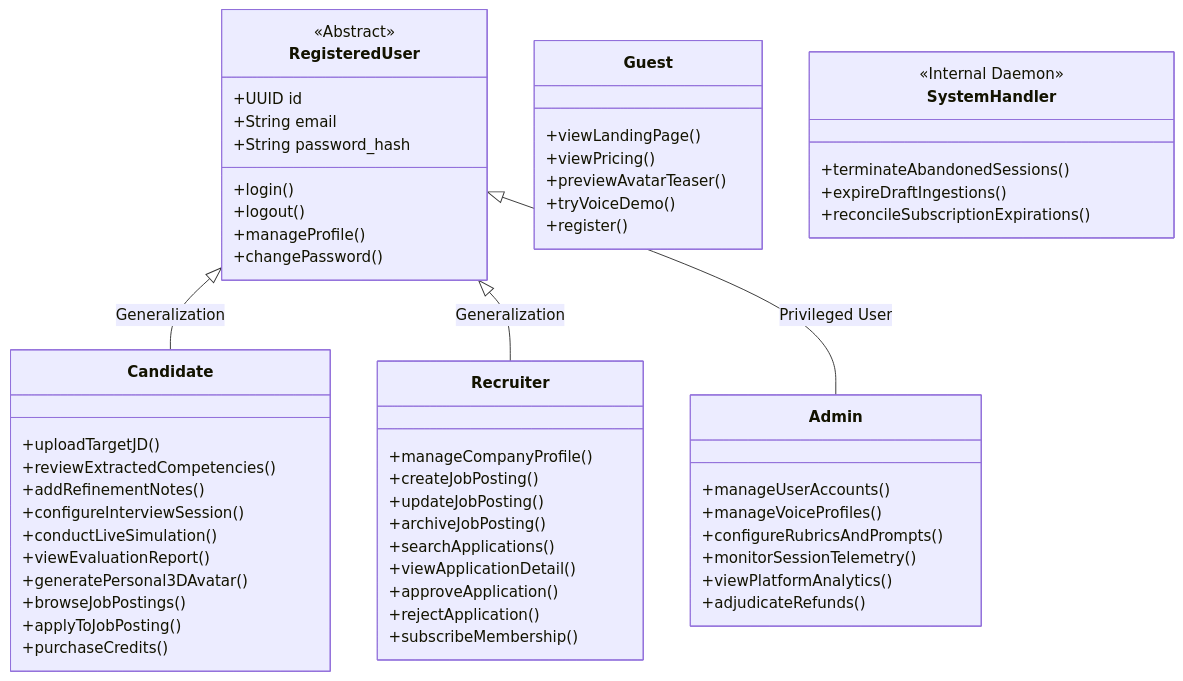
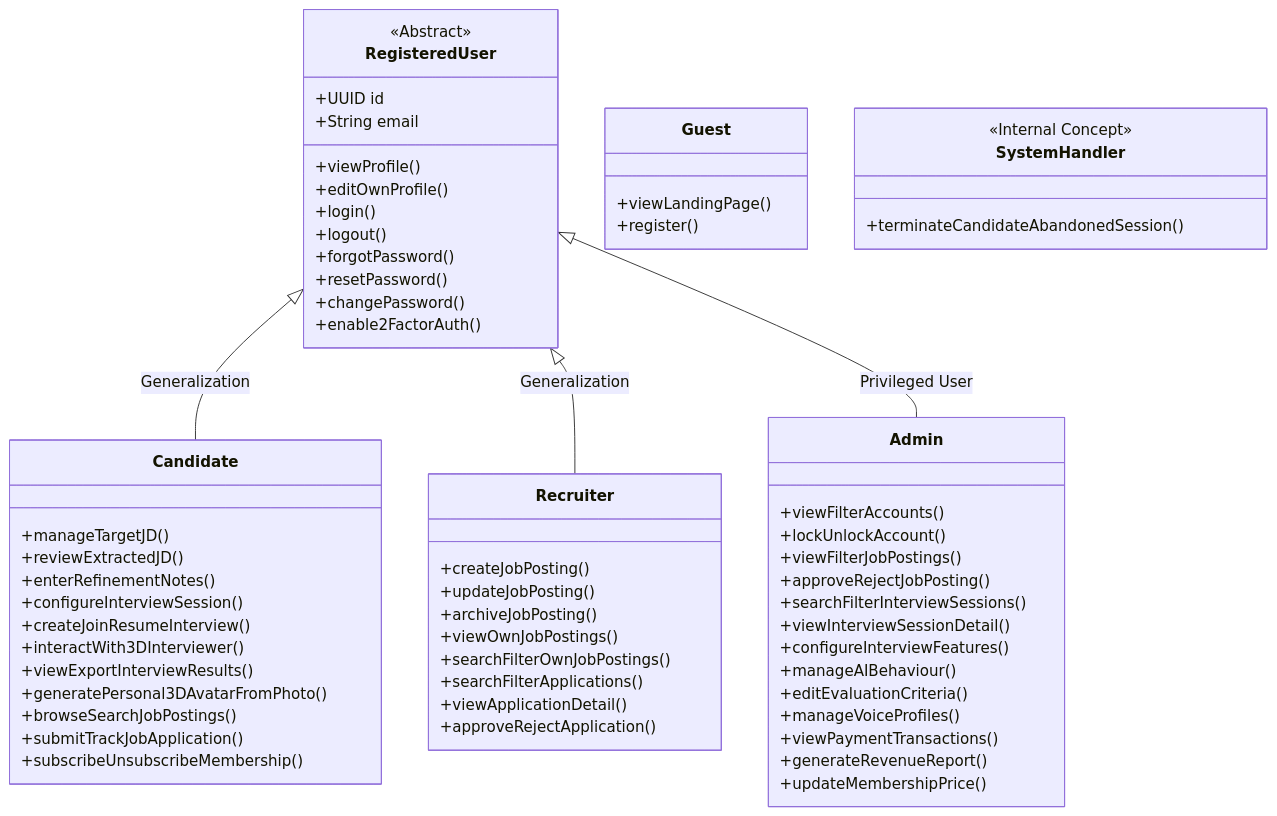
Before and after one commit to swp391-group3/ai-interview-practice-brain: the diagram in 00_Project/Actors-and-Capabilities.md, drawn with Mermaid. The commit also changed other lines of this file and 17 other files, not shown here.

````diff
--- a/00_Project/Actors-and-Capabilities.md
+++ b/00_Project/Actors-and-Capabilities.md
@@ -21,66 +21,71 @@
 ```mermaid
 classDiagram
     class RegisteredUser {
         <<Abstract>>
         +UUID id
         +String email
-        +String password_hash
+        +viewProfile()
+        +editOwnProfile()
         +login()
         +logout()
-        +manageProfile()
+        +forgotPassword()
+        +resetPassword()
         +changePassword()
+        +enable2FactorAuth()
     }
 
     class Guest {
         +viewLandingPage()
-        +viewPricing()
-        +previewAvatarTeaser()
-        +tryVoiceDemo()
         +register()
     }
 
     class Candidate {
-        +uploadTargetJD()
-        +reviewExtractedCompetencies()
-        +addRefinementNotes()
+        +manageTargetJD()
+        +reviewExtractedJD()
+        +enterRefinementNotes()
         +configureInterviewSession()
-        +conductLiveSimulation()
-        +viewEvaluationReport()
-        +generatePersonal3DAvatar()
-        +browseJobPostings()
-        +applyToJobPosting()
-        +purchaseCredits()
+        +createJoinResumeInterview()
+        +interactWith3DInterviewer()
+        +viewExportInterviewResults()
+        +generatePersonal3DAvatarFromPhoto()
+        +browseSearchJobPostings()
+        +submitTrackJobApplication()
+        +subscribeUnsubscribeMembership()
     }
 
     class Recruiter {
-        +manageCompanyProfile()
         +createJobPosting()
         +updateJobPosting()
         +archiveJobPosting()
-        +searchApplications()
+        +viewOwnJobPostings()
+        +searchFilterOwnJobPostings()
+        +searchFilterApplications()
         +viewApplicationDetail()
-        +approveApplication()
-        +rejectApplication()
-        +subscribeMembership()
+        +approveRejectApplication()
     }
 
     class Admin {
-        +manageUserAccounts()
+        +viewFilterAccounts()
+        +lockUnlockAccount()
+        +viewFilterJobPostings()
+        +approveRejectJobPosting()
+        +searchFilterInterviewSessions()
+        +viewInterviewSessionDetail()
+        +configureInterviewFeatures()
+        +manageAIBehaviour()
+        +editEvaluationCriteria()
         +manageVoiceProfiles()
-        +configureRubricsAndPrompts()
-        +monitorSessionTelemetry()
-        +viewPlatformAnalytics()
-        +adjudicateRefunds()
+        +viewPaymentTransactions()
+        +generateRevenueReport()
+        +updateMembershipPrice()
     }
 
     class SystemHandler {
-        <<Internal Daemon>>
-        +terminateAbandonedSessions()
-        +expireDraftIngestions()
-        +reconcileSubscriptionExpirations()
+        <<Internal Concept>>
+        +terminateCandidateAbandonedSession()
     }
 
     RegisteredUser <|-- Candidate : Generalization
     RegisteredUser <|-- Recruiter : Generalization
     RegisteredUser <|-- Admin : Privileged User
 ```
````
